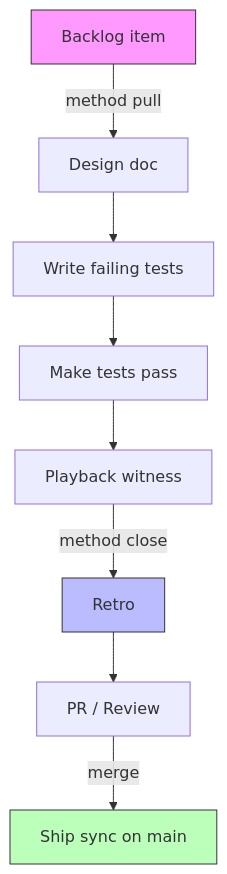
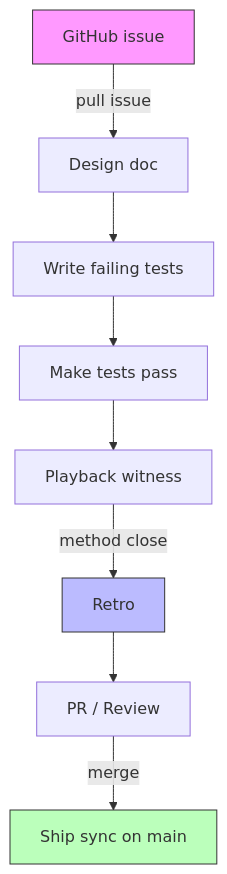
One commit to flyingrobots/method changed the first of 5 diagrams in docs/GUIDE.md. Above: the diagram before and after it, drawn with Mermaid. The commit also changed other lines of this file and 9 other files, not shown here.

Commit message:
docs: make GitHub Issues the Method work tracker

````diff
--- a/docs/GUIDE.md
+++ b/docs/GUIDE.md
@@ -33,14 +33,14 @@
 ```mermaid
 flowchart TD
-    A[Backlog item] -->|method pull| B[Design doc]
+    A[GitHub issue] -->|pull issue| B[Design doc]
     B --> C[Write failing tests]
     C --> D[Make tests pass]
     D --> E[Playback witness]
     E -->|method close| F[Retro]
     F --> G[PR / Review]
     G -->|merge| H[Ship sync on main]
 
     style A fill:#f9f,stroke:#333
     style F fill:#bbf,stroke:#333
     style H fill:#bfb,stroke:#333
 ```
````
